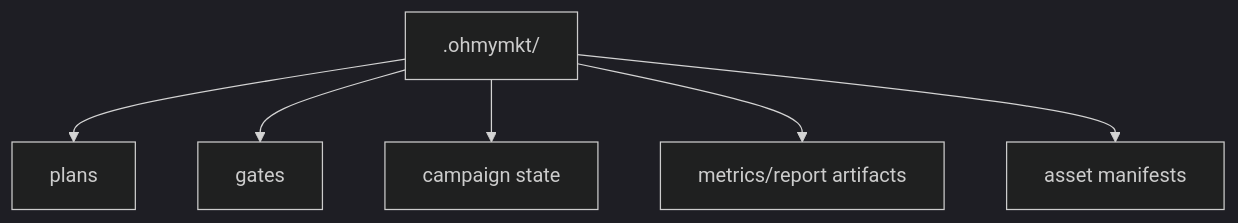
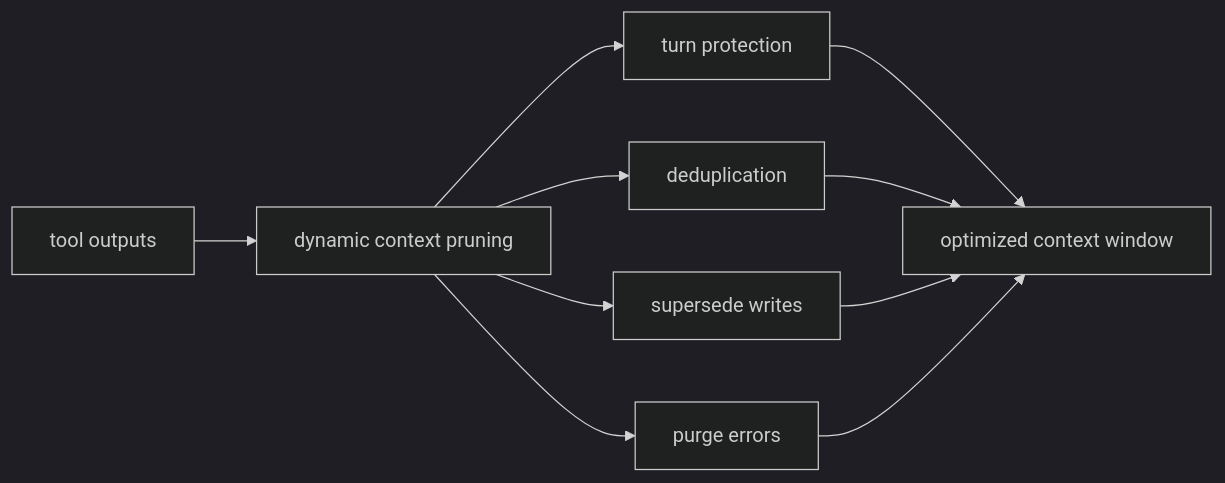
One commit to bravohenry/ohmymkt changed the fourth of 4 diagrams in docs/configurations.md. Above: the diagram before and after it, drawn with Mermaid (dark theme). The commit also changed other lines of this file and 7 other files, not shown here.

````diff
--- a/docs/configurations.md
+++ b/docs/configurations.md
@@ -125,8 +491,12 @@
 ```mermaid
-flowchart TB
-    RT[".ohmymkt/"] --> P["plans"]
-    RT --> G["gates"]
-    RT --> C["campaign state"]
-    RT --> M["metrics/report artifacts"]
-    RT --> A["asset manifests"]
+flowchart LR
+    I["tool outputs"] --> P["dynamic context pruning"]
+    P --> T["turn protection"]
+    P --> D["deduplication"]
+    P --> S["supersede writes"]
+    P --> E["purge errors"]
+    T --> O["optimized context window"]
+    D --> O
+    S --> O
+    E --> O
 ```
````
